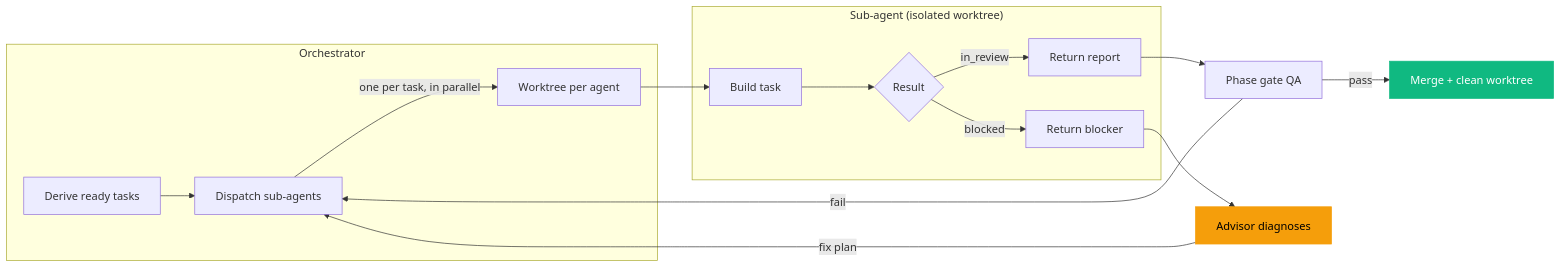
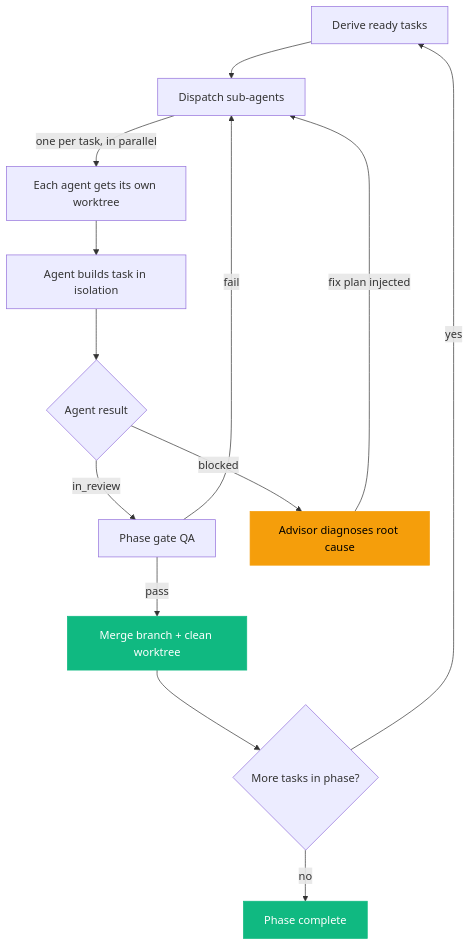
One commit to imielvisser/buildthis_Claude_Skill changed the second of 3 diagrams in README.md. Above: the diagram before and after it, drawn with Mermaid. The commit also changed 1 other file, not shown here.

Commit message:
Add flow diagrams, improve usage docs, fetch reading list via sub-agent

````diff
--- a/README.md
+++ b/README.md
@@ -39,23 +39,19 @@
 ```mermaid
-flowchart LR
-    subgraph Orchestrator
-        A["Derive ready tasks"] --> B["Dispatch sub-agents"]
-        B --> |"one per task, in parallel"| C["Worktree per agent"]
-    end
+flowchart TD
+    A["Derive ready tasks"] --> B["Dispatch sub-agents"]
+    B --> |"one per task, in parallel"| C["Each agent gets its own worktree"]
+    C --> D["Agent builds task in isolation"]
+    D --> E{"Agent result"}
+    E --> |"in_review"| F["Phase gate QA"]
+    E --> |"blocked"| G["Advisor diagnoses root cause"]
+    G --> |"fix plan injected"| B
+    F --> |"pass"| H["Merge branch + clean worktree"]
+    F --> |"fail"| B
+    H --> I{"More tasks in phase?"}
+    I --> |"yes"| A
+    I --> |"no"| J["Phase complete"]
 
-    subgraph "Sub-agent (isolated worktree)"
-        C --> D["Build task"]
-        D --> E{"Result"}
-        E --> |"in_review"| F["Return report"]
-        E --> |"blocked"| G["Return blocker"]
-    end
-
-    F --> H["Phase gate QA"]
-    G --> I["Advisor diagnoses"]
-    I --> |"fix plan"| B
-    H --> |"pass"| J["Merge + clean worktree"]
-    H --> |"fail"| B
-
-    style I fill:#F59E0B,stroke:#F59E0B,color:#000
+    style G fill:#F59E0B,stroke:#F59E0B,color:#000
+    style H fill:#10B981,stroke:#10B981,color:#fff
     style J fill:#10B981,stroke:#10B981,color:#fff
 ```
````
